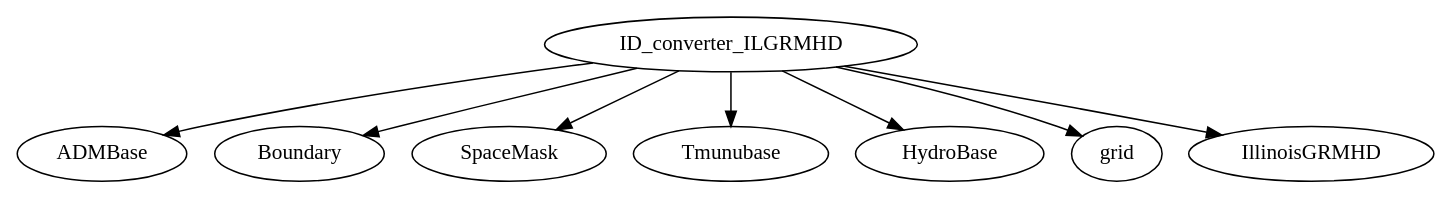
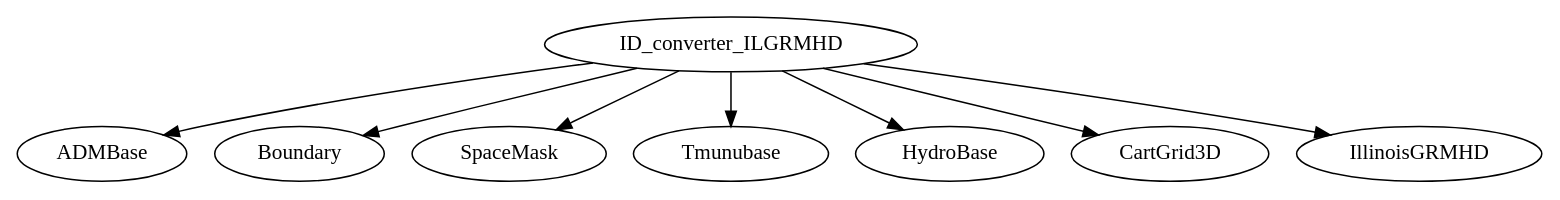
The second of 3 diagrams in note/Guide/evolution.rst (YuLiumt/Cactus), drawn with Graphviz before and after one commit. The commit also changed other lines of this file and 91 other files, not shown here.

```diff
--- a/note/Guide/evolution.rst
+++ b/note/Guide/evolution.rst
@@ -77,9 +340,9 @@
 .. digraph:: foo
 
     "ID_converter_ILGRMHD" -> "ADMBase";
     "ID_converter_ILGRMHD" -> "Boundary";
     "ID_converter_ILGRMHD" -> "SpaceMask";
     "ID_converter_ILGRMHD" -> "Tmunubase";
     "ID_converter_ILGRMHD" -> "HydroBase";
-    "ID_converter_ILGRMHD" -> "grid";
+    "ID_converter_ILGRMHD" -> "CartGrid3D";
     "ID_converter_ILGRMHD" -> "IllinoisGRMHD";
```
